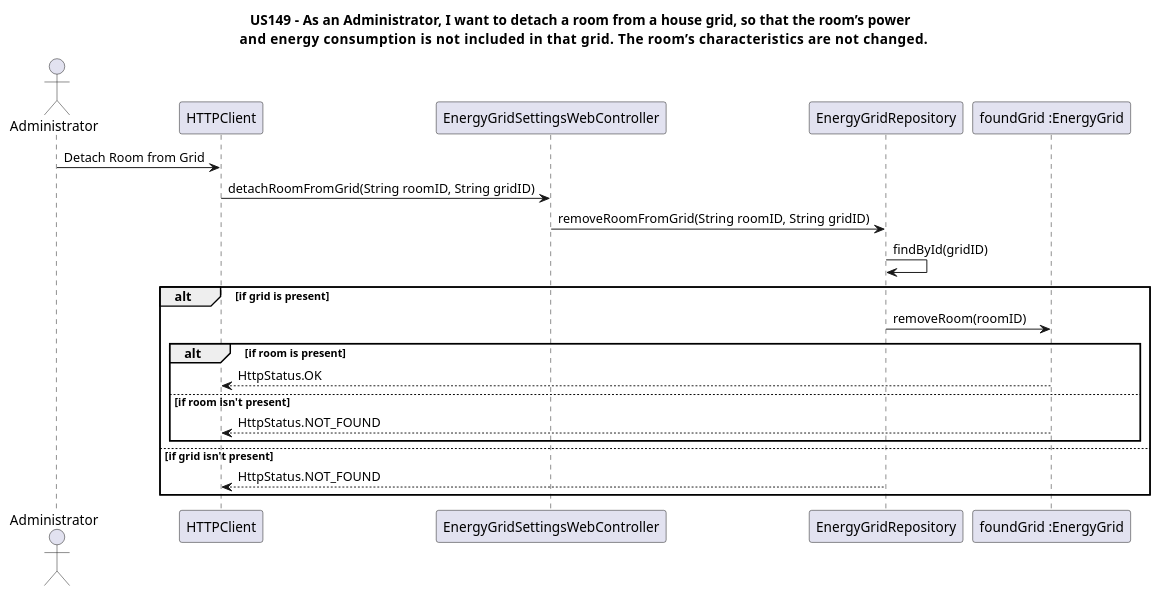
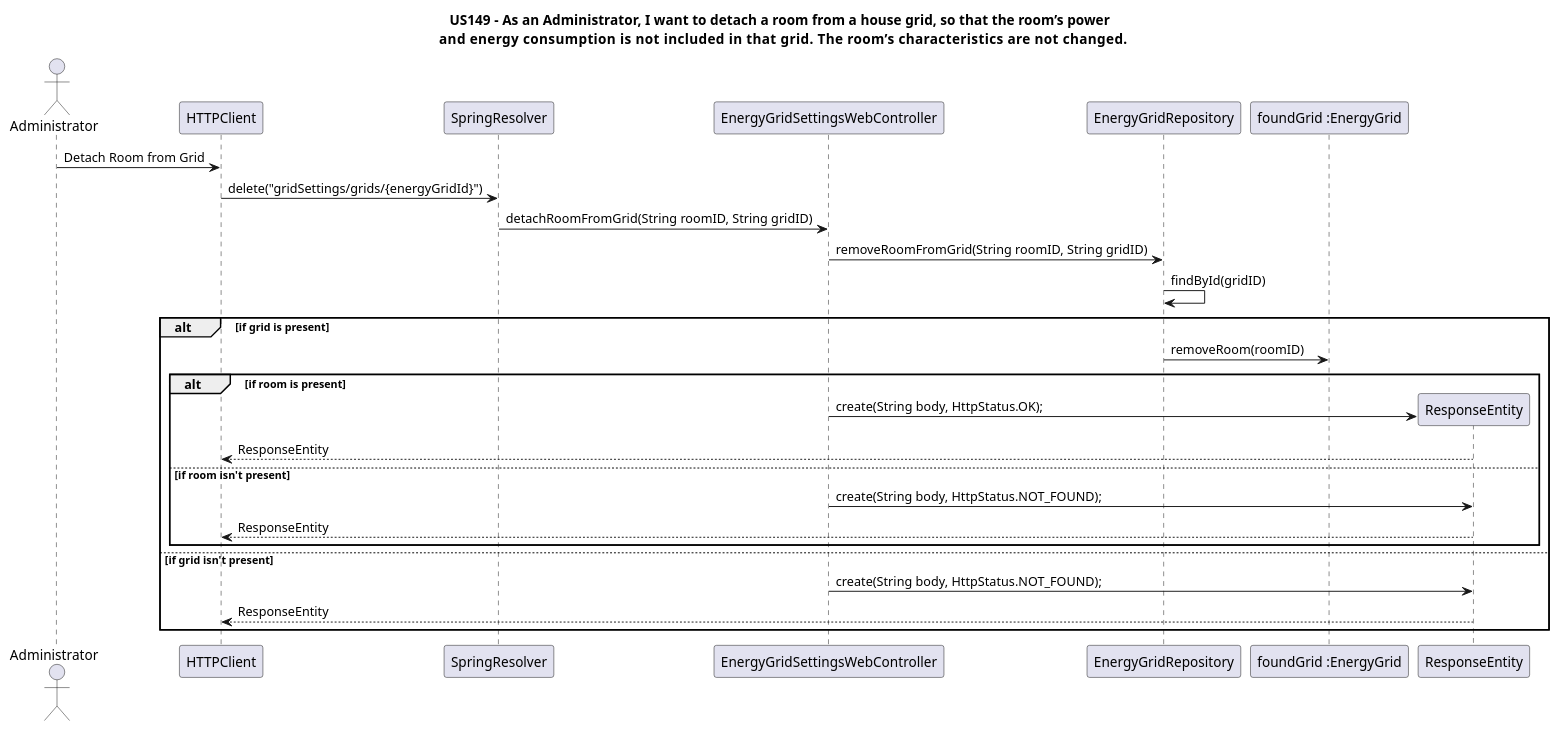
The diagram in src/doc/WEB_Controllers/EnergyGridSettings/US149/US149_sd_EnergyGridSettingsWebController.puml (Almadanmp/project), drawn with PlantUML before and after one commit.

Commit message:
Refs #379
Fixes US149 sequence diagram.

```diff
--- a/src/doc/WEB_Controllers/EnergyGridSettings/US149/US149_sd_EnergyGridSettingsWebController.puml
+++ b/src/doc/WEB_Controllers/EnergyGridSettings/US149/US149_sd_EnergyGridSettingsWebController.puml
@@ -1,21 +1,26 @@
 @startuml
 
 title  US149 - As an Administrator, I want to detach a room from a house grid, so that the room’s power \n and energy  consumption  is  not  included  in  that  grid.  The  room’s characteristics are not changed.
 
 actor "Administrator"
 
 Administrator->HTTPClient: Detach Room from Grid
-HTTPClient->EnergyGridSettingsWebController: detachRoomFromGrid(String roomID, String gridID)
+HTTPClient -> SpringResolver: delete("gridSettings/grids/{energyGridId}")
+SpringResolver -> EnergyGridSettingsWebController: detachRoomFromGrid(String roomID, String gridID)
 EnergyGridSettingsWebController->EnergyGridRepository: removeRoomFromGrid(String roomID, String gridID)
 EnergyGridRepository->EnergyGridRepository: findById(gridID)
 alt if grid is present
 EnergyGridRepository->"foundGrid :EnergyGrid" : removeRoom(roomID)
 alt if room is present
-"foundGrid :EnergyGrid"-->HTTPClient: HttpStatus.OK
+create ResponseEntity
+EnergyGridSettingsWebController -> ResponseEntity: create(String body, HttpStatus.OK);
+ResponseEntity-->HTTPClient: ResponseEntity
 else if room isn't present
-"foundGrid :EnergyGrid"--> HTTPClient: HttpStatus.NOT_FOUND
+EnergyGridSettingsWebController -> ResponseEntity: create(String body, HttpStatus.NOT_FOUND);
+ResponseEntity-->HTTPClient: ResponseEntity
 end
 else if grid isn't present
-EnergyGridRepository-->HTTPClient: HttpStatus.NOT_FOUND
+EnergyGridSettingsWebController -> ResponseEntity: create(String body, HttpStatus.NOT_FOUND);
+ResponseEntity-->HTTPClient: ResponseEntity
 end
 @enduml
```
